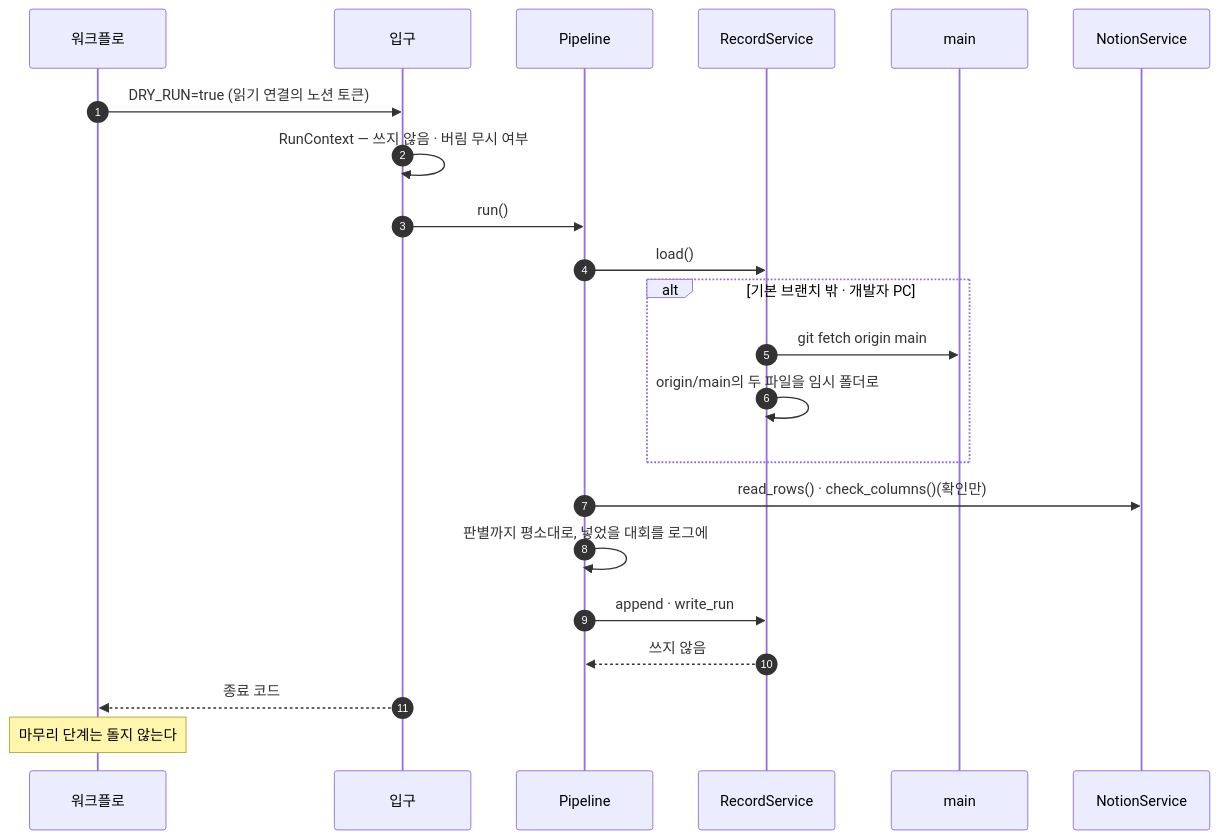
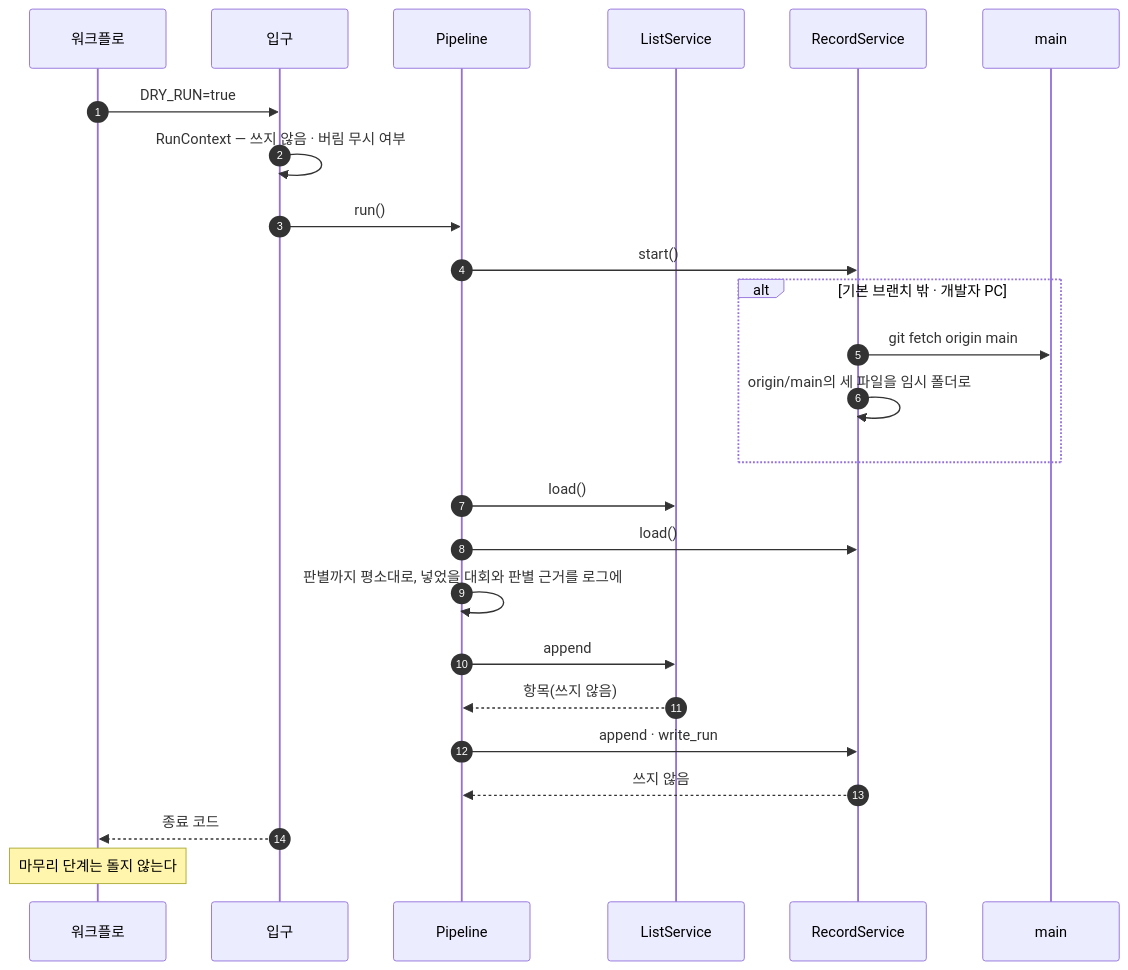
One commit to HoyoungParkme/competition-crawler changed the eighth of 12 diagrams in docs/specs/09-SEQ/CCR-SEQ-001.md. Above: the diagram before and after it, drawn with Mermaid. The commit also changed other lines of this file, not shown here.

````diff
--- a/docs/specs/09-SEQ/CCR-SEQ-001.md
+++ b/docs/specs/09-SEQ/CCR-SEQ-001.md
@@ -354,24 +346,27 @@
 ```mermaid
 sequenceDiagram
     autonumber
     participant WF as 워크플로
     participant M as 입구
     participant P as Pipeline
+    participant LS as ListService
     participant RS as RecordService
     participant G as main
-    participant NS as NotionService
-    WF->>M: DRY_RUN=true (읽기 연결의 노션 토큰)
+    WF->>M: DRY_RUN=true
     M->>M: RunContext — 쓰지 않음 · 버림 무시 여부
     M->>P: run()
-    P->>RS: load()
+    P->>RS: start()
     alt 기본 브랜치 밖 · 개발자 PC
         RS->>G: git fetch origin main
-        RS->>RS: origin/main의 두 파일을 임시 폴더로
+        RS->>RS: origin/main의 세 파일을 임시 폴더로
     end
-    P->>NS: read_rows() · check_columns()(확인만)
-    P->>P: 판별까지 평소대로, 넣었을 대회를 로그에
+    P->>LS: load()
+    P->>RS: load()
+    P->>P: 판별까지 평소대로, 넣었을 대회와 판별 근거를 로그에
+    P->>LS: append
+    LS-->>P: 항목(쓰지 않음)
     P->>RS: append · write_run
     RS-->>P: 쓰지 않음
     M-->>WF: 종료 코드
     Note over WF: 마무리 단계는 돌지 않는다
 ```
````
